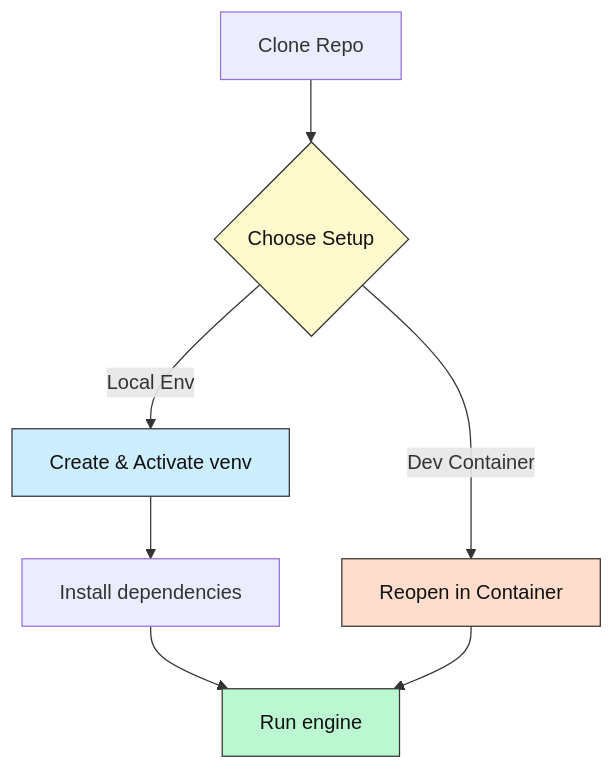
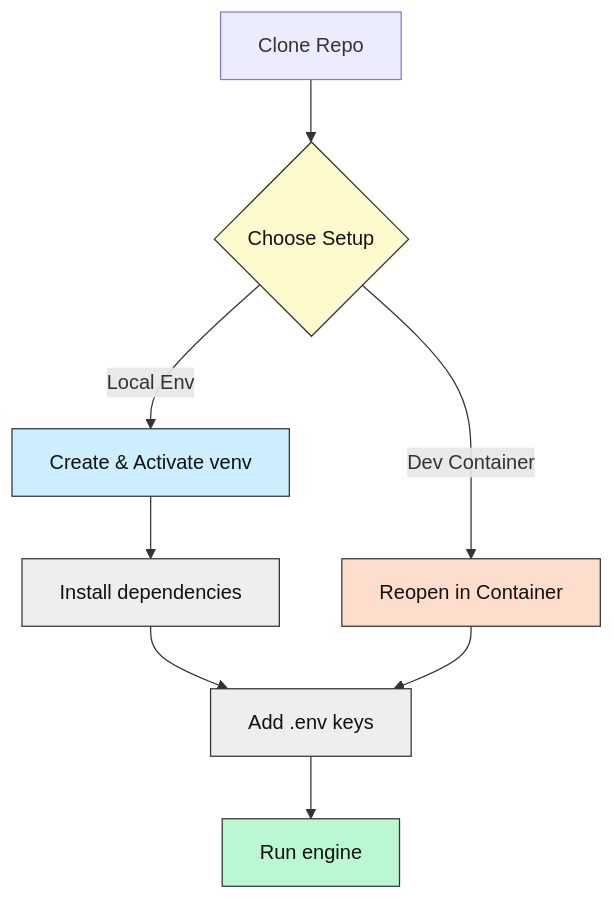
One commit to Mindrocket42/MOA-DeepOutputs changed the third of 3 diagrams in README.md. Above: the diagram before and after it, drawn with Mermaid. The commit also changed other lines of this file and 20 other files, not shown here.

````diff
--- a/README.md
+++ b/README.md
@@ -157,13 +195,16 @@
 ```mermaid
 flowchart TD
     A[Clone Repo] --> B{Choose Setup}
     B -->|Local Env| C[Create & Activate venv]
     C --> D[Install dependencies]
-    D --> E[Run engine]
+    D --> E[Add .env keys]
+    E --> G[Run engine]
     B -->|Dev Container| F[Reopen in Container]
     F --> E
     style B fill:#fffacd,stroke:#333333,color:#111111
     style C fill:#cceeff,stroke:#333333,color:#111111
     style F fill:#ffddcc,stroke:#333333,color:#111111
-    style E fill:#bbf7d0,stroke:#333333,color:#111111
+    style G fill:#bbf7d0,stroke:#333333,color:#111111
+    style D fill:#eeeeee,stroke:#333333,color:#111111
+    style E fill:#eeeeee,stroke:#333333,color:#111111
 ```
````
